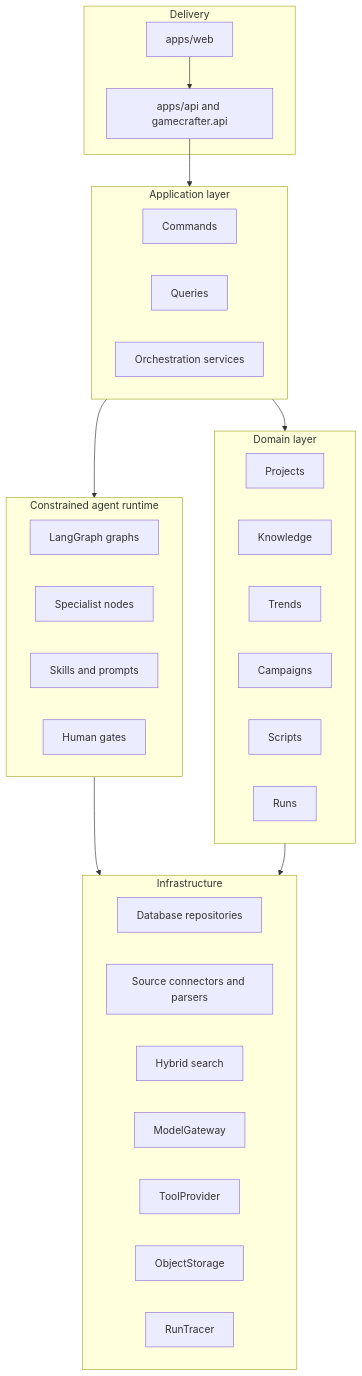
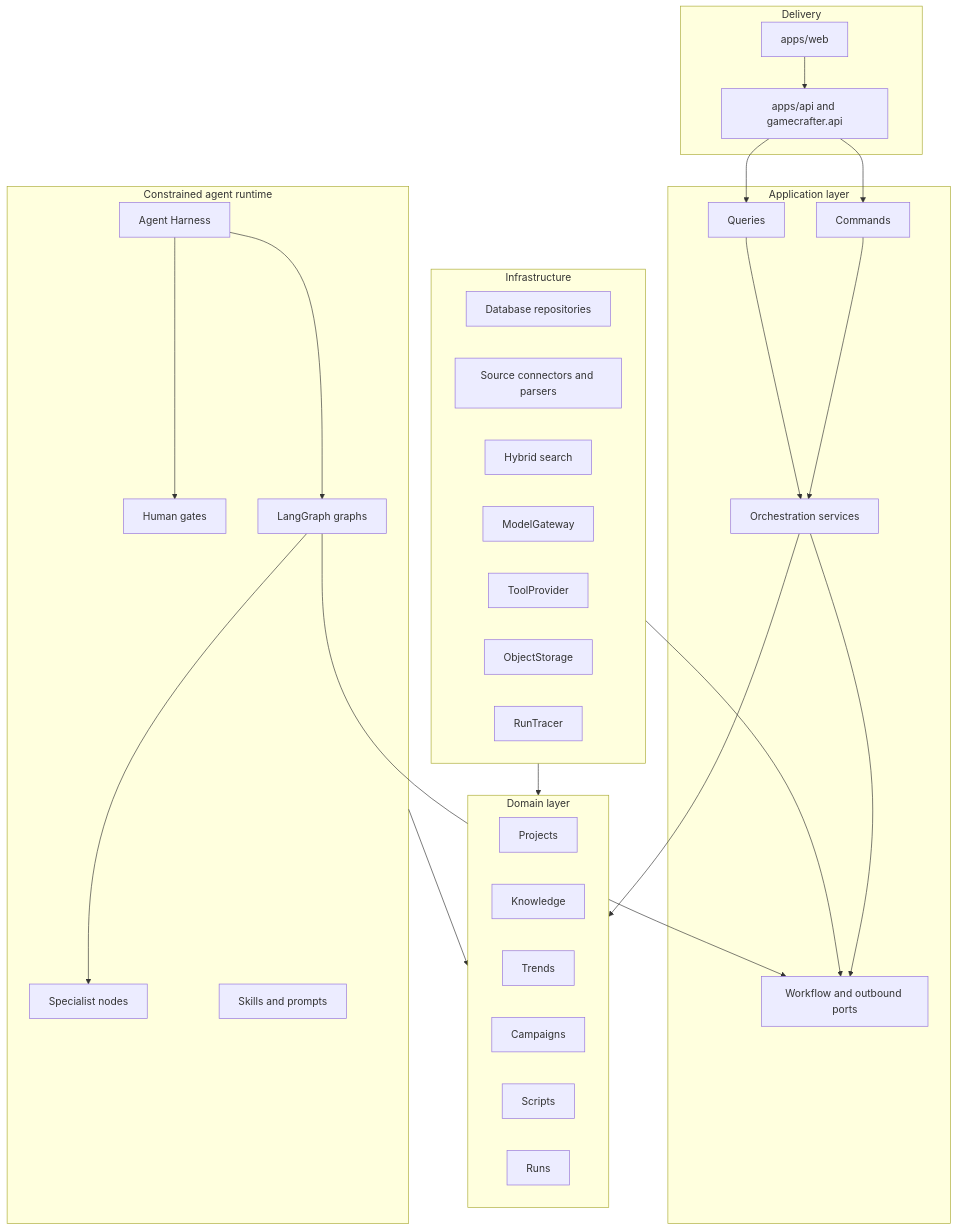
One commit to Wenqi77Zhang/GameCrafter-Agent changed the fourth of 4 diagrams in docs/architecture/system-architecture.md. Above: the diagram before and after it, drawn with Mermaid. The commit also changed other lines of this file and 9 other files, not shown here.

Commit message:
tighten M0 architecture and health UX

````diff
--- a/docs/architecture/system-architecture.md
+++ b/docs/architecture/system-architecture.md
@@ -82,46 +100,55 @@
 ```mermaid
 flowchart TB
     subgraph Delivery["Delivery"]
         WEB["apps/web"]
         FASTAPI["apps/api and gamecrafter.api"]
     end
 
     subgraph Application["Application layer"]
         COMMANDS["Commands"]
         QUERIES["Queries"]
         SERVICES["Orchestration services"]
+        PORTS["Workflow and outbound ports"]
     end
 
     subgraph Domain["Domain layer"]
         PROJECTS["Projects"]
         KNOWLEDGE["Knowledge"]
         TRENDS["Trends"]
         CAMPAIGNS["Campaigns"]
         SCRIPTS["Scripts"]
         RUNS["Runs"]
     end
 
     subgraph Runtime["Constrained agent runtime"]
+        HARNESS["Agent Harness"]
         GRAPHS["LangGraph graphs"]
         NODES["Specialist nodes"]
         SKILLS["Skills and prompts"]
         GATES["Human gates"]
     end
 
     subgraph Infrastructure["Infrastructure"]
         DATABASE["Database repositories"]
         INGESTION["Source connectors and parsers"]
         SEARCH["Hybrid search"]
         MODELS["ModelGateway"]
         TOOLS["ToolProvider"]
         STORAGE["ObjectStorage"]
         OBS["RunTracer"]
     end
 
     WEB --> FASTAPI
-    FASTAPI --> Application
-    Application --> Domain
-    Application --> Runtime
-    Runtime --> Infrastructure
-    Domain --> Infrastructure
+    FASTAPI --> COMMANDS
+    FASTAPI --> QUERIES
+    COMMANDS --> SERVICES
+    QUERIES --> SERVICES
+    SERVICES --> Domain
+    SERVICES --> PORTS
+    HARNESS --> GRAPHS --> NODES
+    HARNESS --> GATES
+    GRAPHS --> PORTS
+    Runtime --> Domain
+    Infrastructure --> PORTS
+    Infrastructure --> Domain
 ```
````
